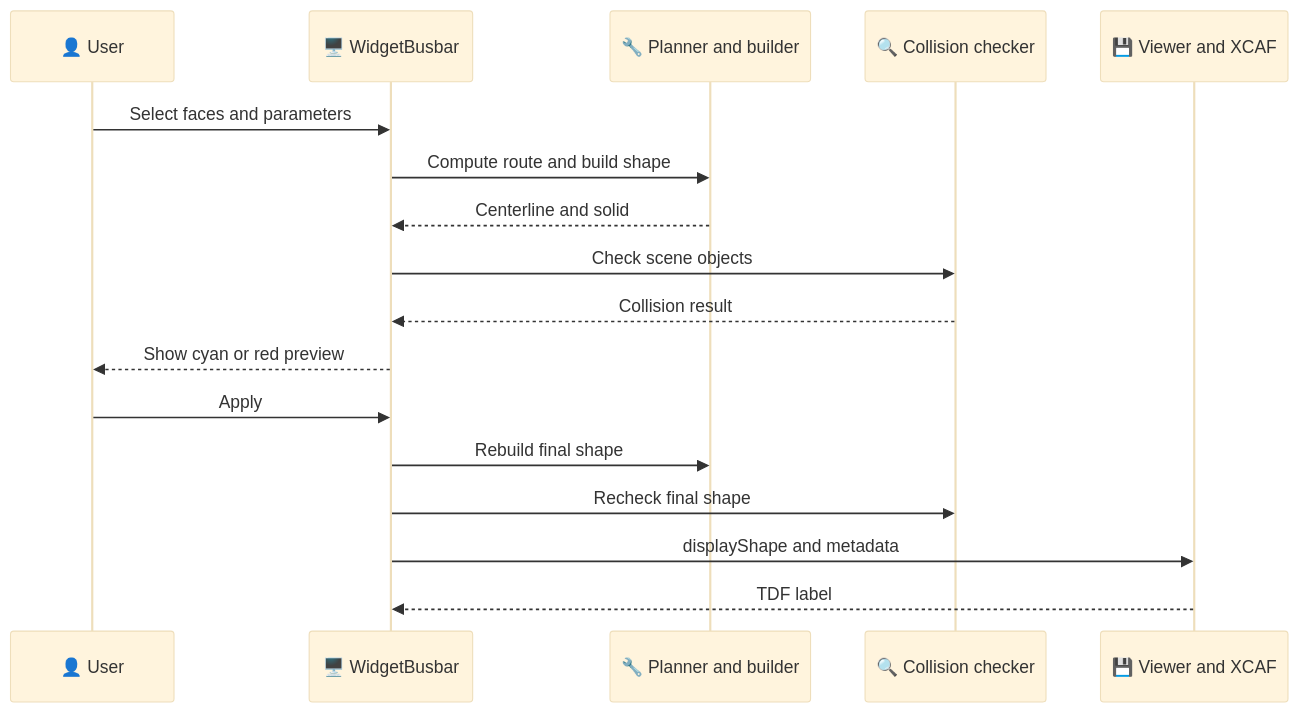
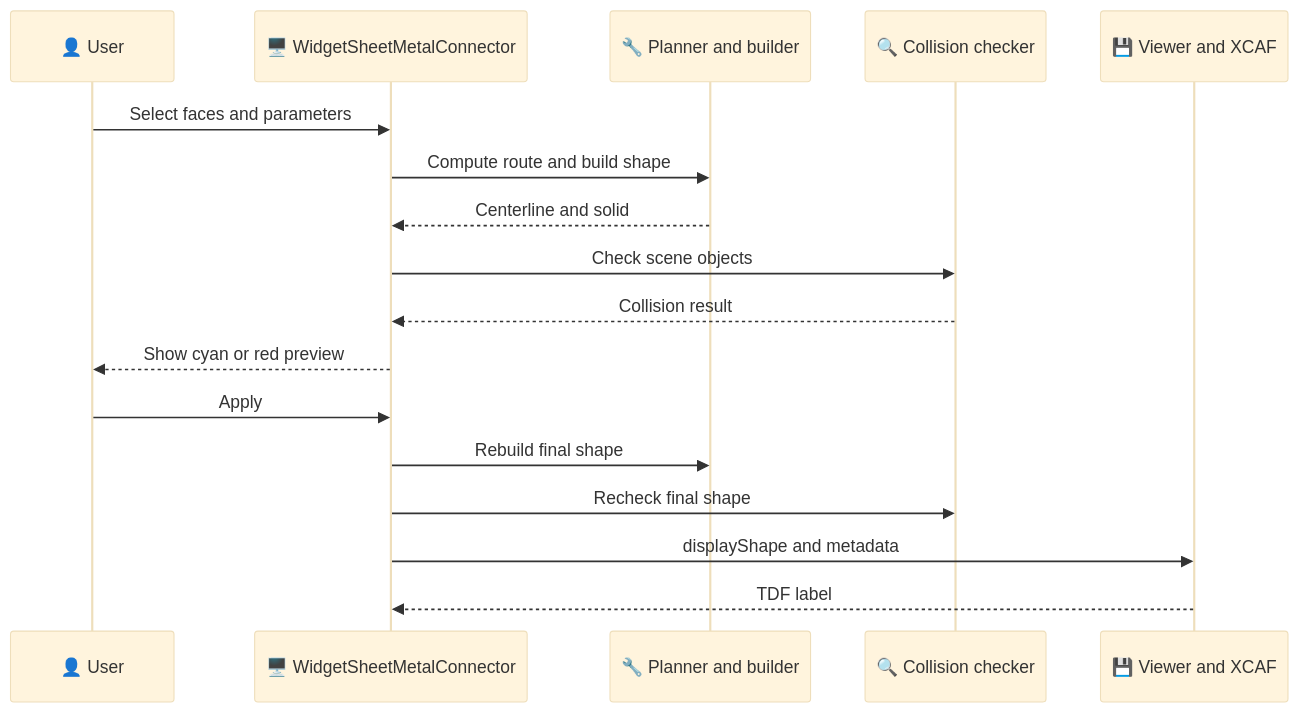
The second of 2 diagrams in doc/sheet_metal_connector_implementation.md (bezierC0/Qt_OCC), drawn with Mermaid (base theme) before and after one commit. The commit also changed other lines of this file and 25 other files, not shown here.

Commit message:
feat : sheet metal

````diff
--- a/doc/sheet_metal_connector_implementation.md
+++ b/doc/sheet_metal_connector_implementation.md
@@ -122,23 +122,23 @@
 ```mermaid
 sequenceDiagram
     accTitle: Preview and Apply Sequence
     accDescr: Interaction between the panel, planner, builder, collision checker, viewer, and XCAF document during connector creation
 
     participant user as 👤 User
-    participant panel as 🖥️ WidgetBusbar
+    participant panel as 🖥️ WidgetSheetMetalConnector
     participant geometry as 🔧 Planner and builder
     participant checker as 🔍 Collision checker
     participant viewer as 💾 Viewer and XCAF
 
     user->>panel: Select faces and parameters
     panel->>geometry: Compute route and build shape
     geometry-->>panel: Centerline and solid
     panel->>checker: Check scene objects
     checker-->>panel: Collision result
     panel-->>user: Show cyan or red preview
     user->>panel: Apply
     panel->>geometry: Rebuild final shape
     panel->>checker: Recheck final shape
     panel->>viewer: displayShape and metadata
     viewer-->>panel: TDF label
 ```
````
